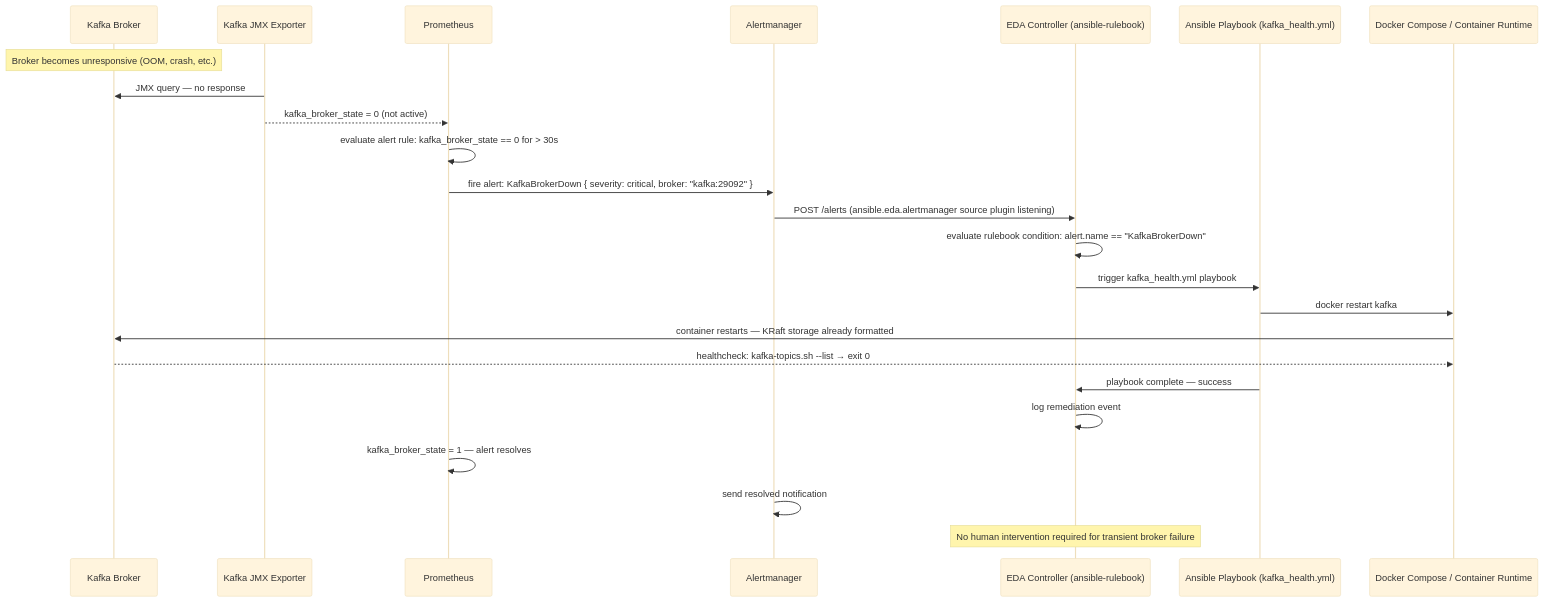
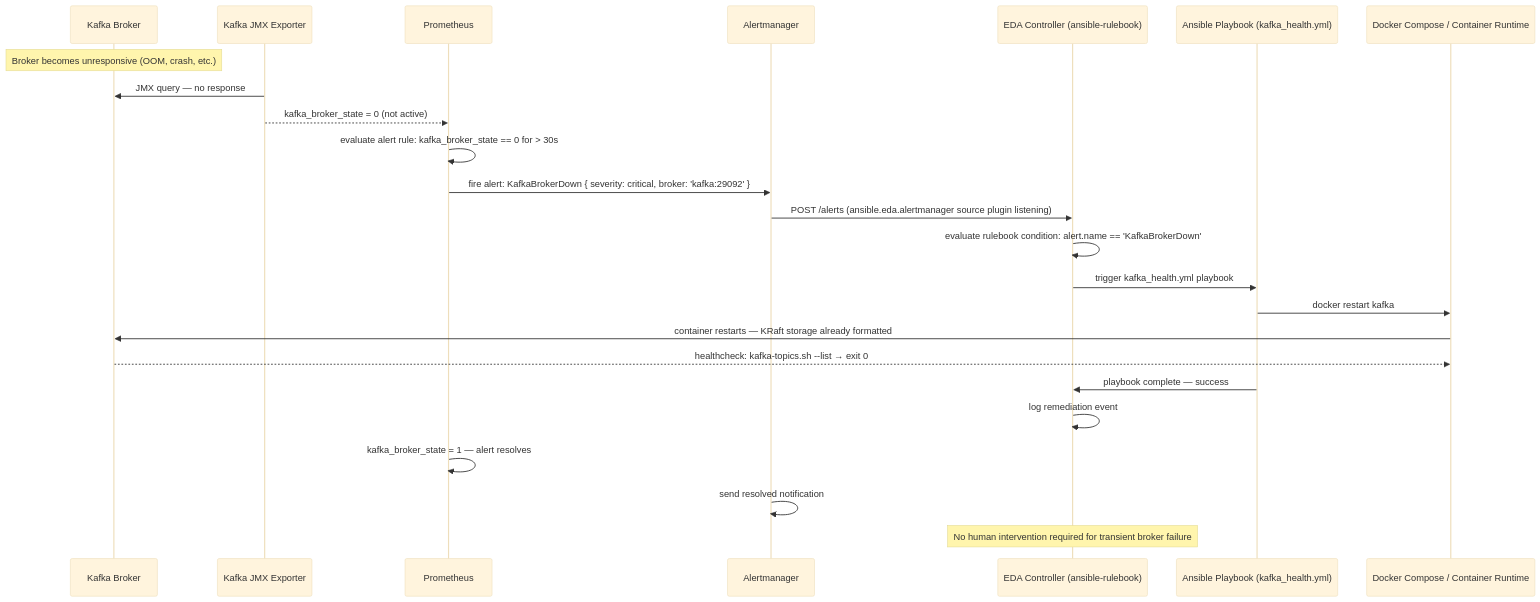
The sixth of 7 diagrams in documentation/infrastructure-flows.md (Fennzo/DiceTilt), drawn with Mermaid (base theme) before and after one commit. The commit also changed other lines of this file and 16 other files, not shown here.

````diff
--- a/documentation/infrastructure-flows.md
+++ b/documentation/infrastructure-flows.md
@@ -311,31 +313,31 @@
 ```mermaid
 sequenceDiagram
     participant Kafka as Kafka Broker
     participant KafkaExp as Kafka JMX Exporter
     participant Prom as Prometheus
     participant AM as Alertmanager
     participant EDA as EDA Controller (ansible-rulebook)
     participant Ansible as Ansible Playbook (kafka_health.yml)
     participant DC as Docker Compose / Container Runtime
 
     Note over Kafka: Broker becomes unresponsive (OOM, crash, etc.)
     KafkaExp->>Kafka: JMX query — no response
     KafkaExp-->>Prom: kafka_broker_state = 0 (not active)
 
     Prom->>Prom: evaluate alert rule: kafka_broker_state == 0 for > 30s
-    Prom->>AM: fire alert: KafkaBrokerDown { severity: critical, broker: "kafka:29092" }
+    Prom->>AM: fire alert: KafkaBrokerDown { severity: critical, broker: 'kafka:29092' }
     AM->>EDA: POST /alerts (ansible.eda.alertmanager source plugin listening)
 
-    EDA->>EDA: evaluate rulebook condition: alert.name == "KafkaBrokerDown"
+    EDA->>EDA: evaluate rulebook condition: alert.name == 'KafkaBrokerDown'
     EDA->>Ansible: trigger kafka_health.yml playbook
     Ansible->>DC: docker restart kafka
     DC->>Kafka: container restarts — KRaft storage already formatted
     Kafka-->>DC: healthcheck: kafka-topics.sh --list → exit 0
 
     Ansible->>EDA: playbook complete — success
     EDA->>EDA: log remediation event
 
     Prom->>Prom: kafka_broker_state = 1 — alert resolves
     AM->>AM: send resolved notification
     Note over EDA: No human intervention required for transient broker failure
 ```
````
